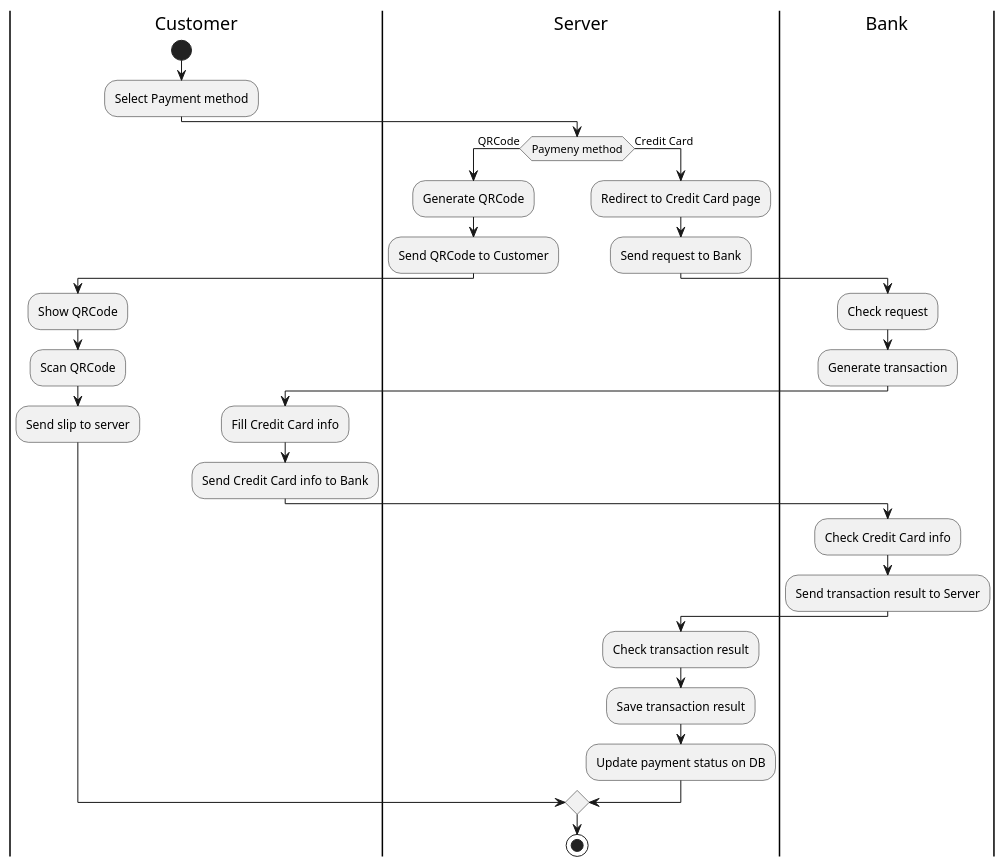
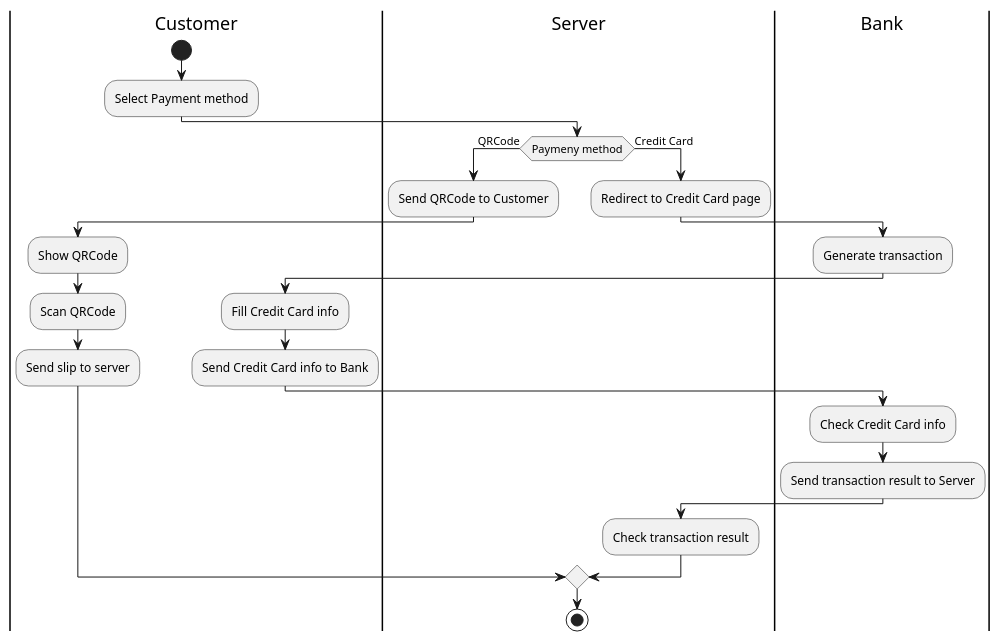
Before and after one commit to Nxwbtk/SA-Diagram: the fourth of 7 diagrams in activity-diagram.plantuml, drawn with PlantUML. The commit also changed other lines of this file and 9 other files, not shown here.

```diff
--- a/activity-diagram.plantuml
+++ b/activity-diagram.plantuml
@@ -102,33 +90,28 @@
 @startuml
 |Customer|
 start
 :Select Payment method;
 |Server|
 if (Paymeny method) is (QRCode) then
 	|Server|
-	:Generate QRCode;
 	:Send QRCode to Customer;
 	|Customer|
 	:Show QRCode;
 	:Scan QRCode;
 	:Send slip to server;
 else (Credit Card)
 	|Server|
 	:Redirect to Credit Card page;
-	:Send request to Bank;
 	|Bank|
-	:Check request;
 	:Generate transaction;
 	|Customer|
 	:Fill Credit Card info;
 	:Send Credit Card info to Bank;
 	|Bank|
 	:Check Credit Card info;
 	:Send transaction result to Server;
 	|Server|
 	:Check transaction result;
-	:Save transaction result;
-	:Update payment status on DB;
 endif
 stop
 @enduml
```
